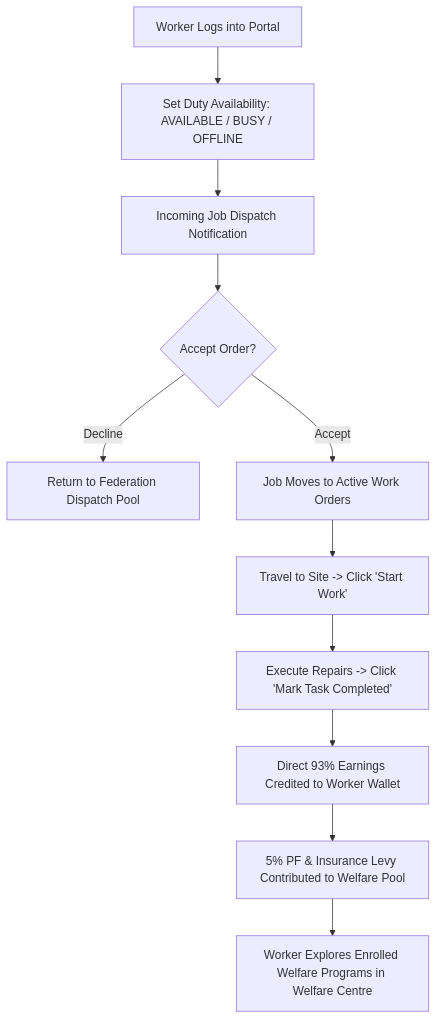
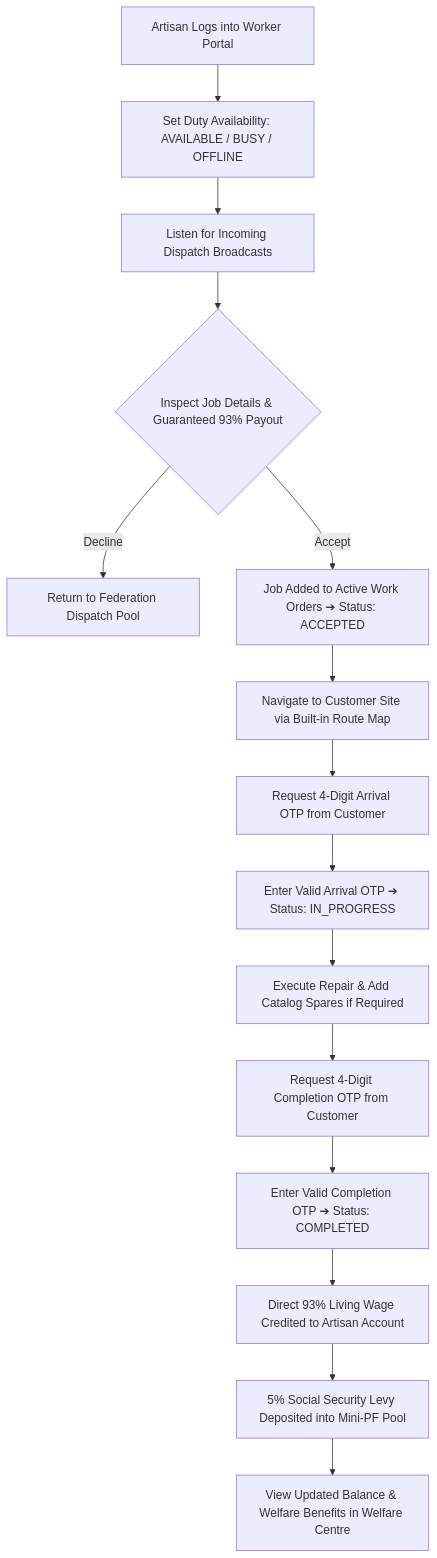
One commit to sarathyprasad/hack089 changed the second of 4 diagrams in WORKFLOW.md. Above: the diagram before and after it, drawn with Mermaid. The commit also changed other lines of this file and 13 other files, not shown here.

````diff
--- a/WORKFLOW.md
+++ b/WORKFLOW.md
@@ -41,13 +51,17 @@
 ```mermaid
 graph TD
-    W1[Worker Logs into Portal] --> W2[Set Duty Availability: AVAILABLE / BUSY / OFFLINE]
-    W2 --> W3[Incoming Job Dispatch Notification]
-    W3 --> W4{Accept Order?}
+    W1[Artisan Logs into Worker Portal] --> W2[Set Duty Availability: AVAILABLE / BUSY / OFFLINE]
+    W2 --> W3[Listen for Incoming Dispatch Broadcasts]
+    W3 --> W4{Inspect Job Details & Guaranteed 93% Payout}
     W4 -->|Decline| W5[Return to Federation Dispatch Pool]
-    W4 -->|Accept| W6[Job Moves to Active Work Orders]
-    W6 --> W7[Travel to Site -> Click 'Start Work']
-    W7 --> W8[Execute Repairs -> Click 'Mark Task Completed']
-    W8 --> W9[Direct 93% Earnings Credited to Worker Wallet]
-    W9 --> W10[5% PF & Insurance Levy Contributed to Welfare Pool]
-    W10 --> W11[Worker Explores Enrolled Welfare Programs in Welfare Centre]
+    W4 -->|Accept| W6[Job Added to Active Work Orders ➔ Status: ACCEPTED]
+    W6 --> W7[Navigate to Customer Site via Built-in Route Map]
+    W7 --> W8[Request 4-Digit Arrival OTP from Customer]
+    W8 --> W9[Enter Valid Arrival OTP ➔ Status: IN_PROGRESS]
+    W9 --> W10[Execute Repair & Add Catalog Spares if Required]
+    W10 --> W11[Request 4-Digit Completion OTP from Customer]
+    W11 --> W12[Enter Valid Completion OTP ➔ Status: COMPLETED]
+    W12 --> W13[Direct 93% Living Wage Credited to Artisan Account]
+    W13 --> W14[5% Social Security Levy Deposited into Mini-PF Pool]
+    W14 --> W15[View Updated Balance & Welfare Benefits in Welfare Centre]
 ```
````
